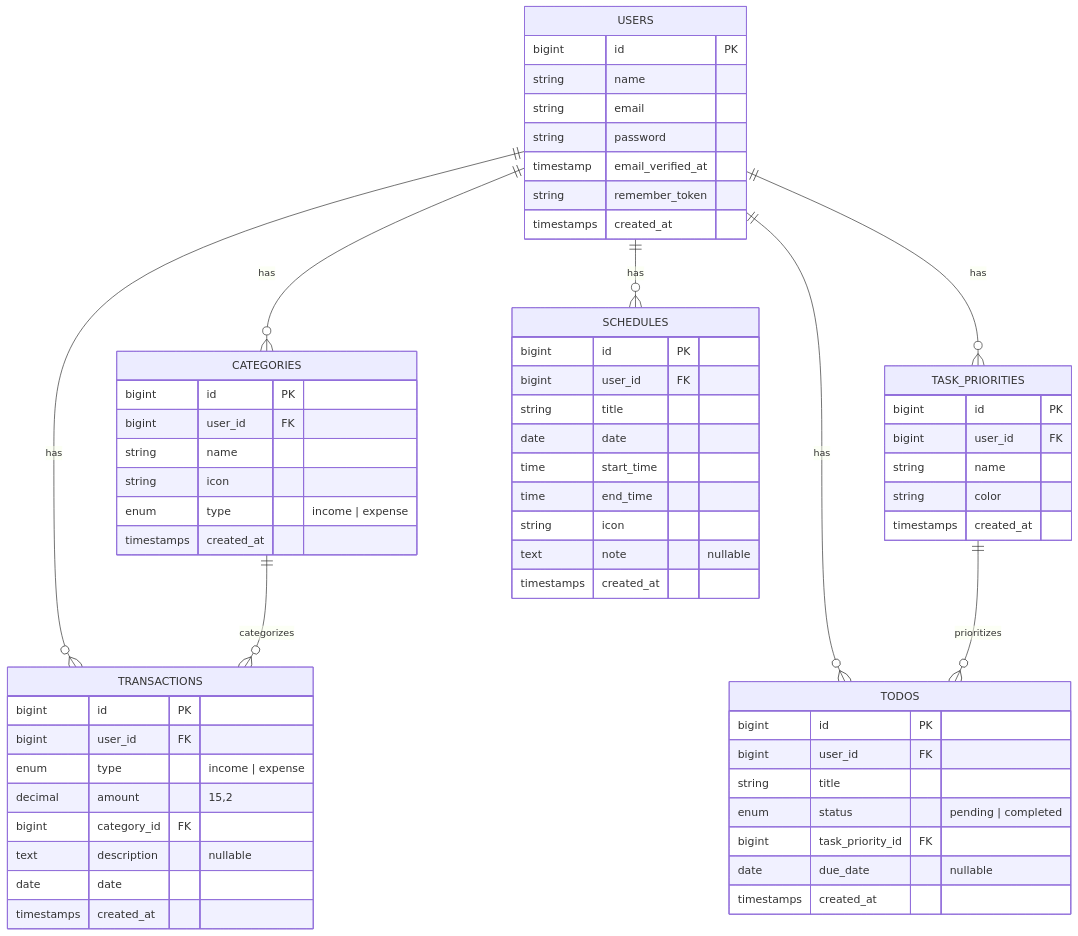
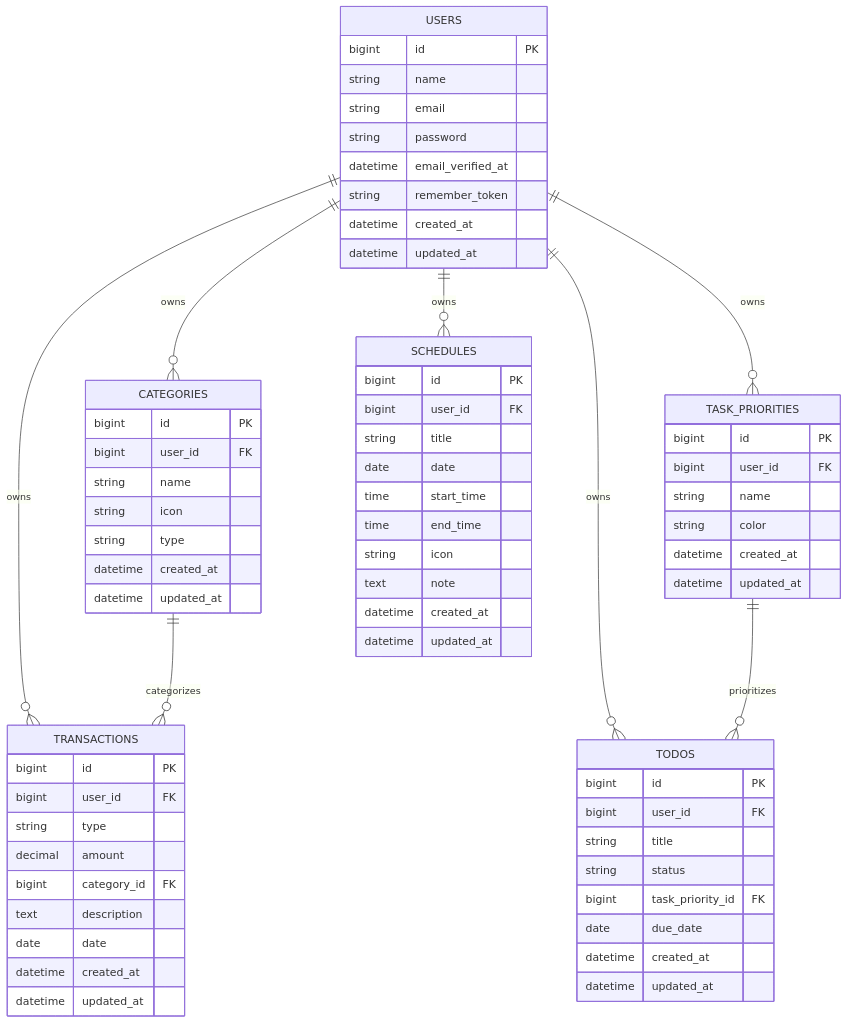
Before and after one commit to mohammadakbarr18/MyLife-OS: the diagram in README.md, drawn with Mermaid. The commit also changed other lines of this file, not shown here.

Commit message:
Fix README database diagram rendering

````diff
--- a/README.md
+++ b/README.md
@@ -339,70 +339,76 @@
 ```mermaid
 erDiagram
-    USERS ||--o{ CATEGORIES : has
-    USERS ||--o{ TASK_PRIORITIES : has
-    USERS ||--o{ TRANSACTIONS : has
-    USERS ||--o{ TODOS : has
-    USERS ||--o{ SCHEDULES : has
+    USERS ||--o{ CATEGORIES : owns
+    USERS ||--o{ TRANSACTIONS : owns
+    USERS ||--o{ TASK_PRIORITIES : owns
+    USERS ||--o{ TODOS : owns
+    USERS ||--o{ SCHEDULES : owns
     CATEGORIES ||--o{ TRANSACTIONS : categorizes
     TASK_PRIORITIES ||--o{ TODOS : prioritizes
 
     USERS {
         bigint id PK
         string name
         string email
         string password
-        timestamp email_verified_at
+        datetime email_verified_at
         string remember_token
-        timestamps created_at
+        datetime created_at
+        datetime updated_at
     }
 
     CATEGORIES {
         bigint id PK
         bigint user_id FK
         string name
         string icon
-        enum type "income | expense"
-        timestamps created_at
+        string type
+        datetime created_at
+        datetime updated_at
     }
 
     TRANSACTIONS {
         bigint id PK
         bigint user_id FK
-        enum type "income | expense"
-        decimal amount "15,2"
+        string type
+        decimal amount
         bigint category_id FK
-        text description "nullable"
+        text description
         date date
-        timestamps created_at
+        datetime created_at
+        datetime updated_at
     }
 
     TASK_PRIORITIES {
         bigint id PK
         bigint user_id FK
         string name
         string color
-        timestamps created_at
+        datetime created_at
+        datetime updated_at
     }
 
     TODOS {
         bigint id PK
         bigint user_id FK
         string title
-        enum status "pending | completed"
+        string status
         bigint task_priority_id FK
-        date due_date "nullable"
-        timestamps created_at
+        date due_date
+        datetime created_at
+        datetime updated_at
     }
 
     SCHEDULES {
         bigint id PK
         bigint user_id FK
         string title
         date date
         time start_time
         time end_time
         string icon
-        text note "nullable"
-        timestamps created_at
+        text note
+        datetime created_at
+        datetime updated_at
     }
 ```
````
